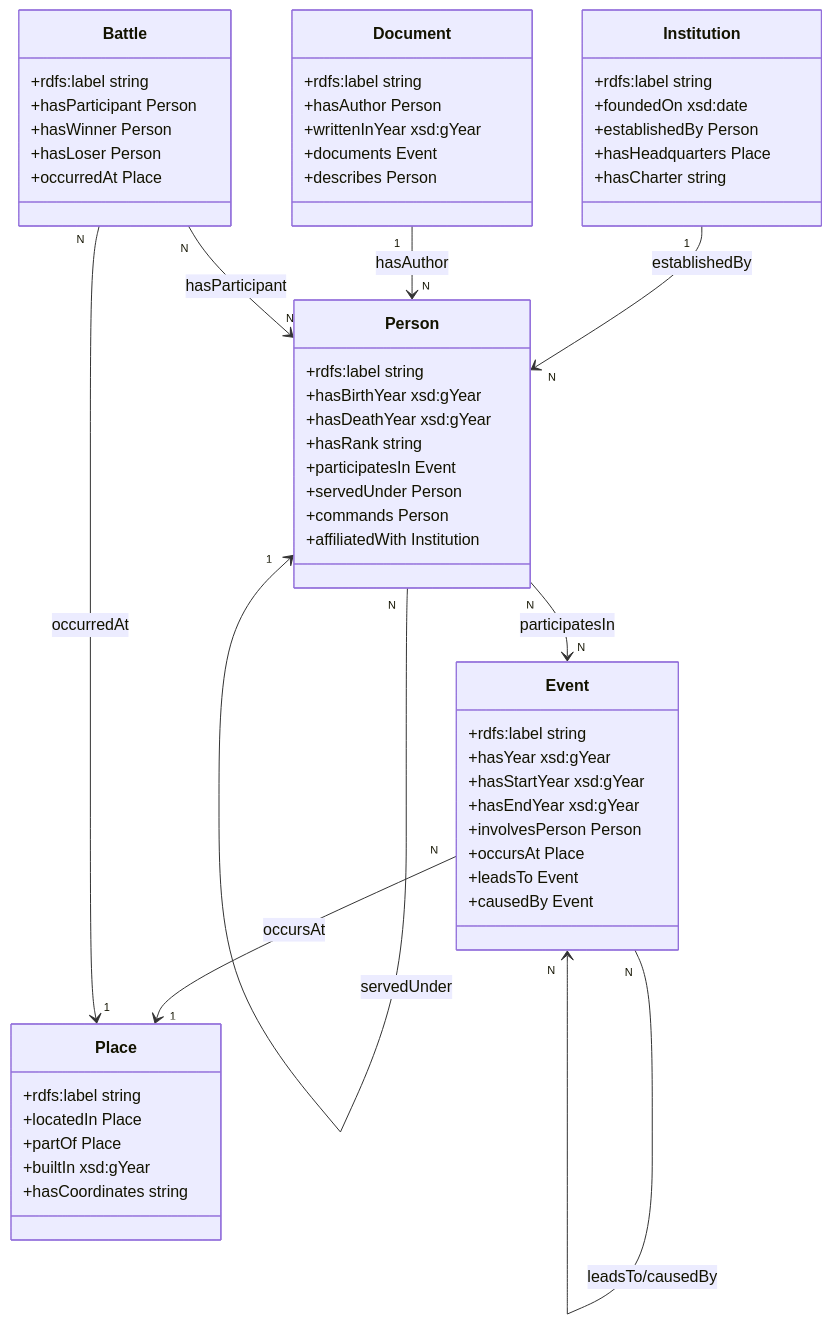
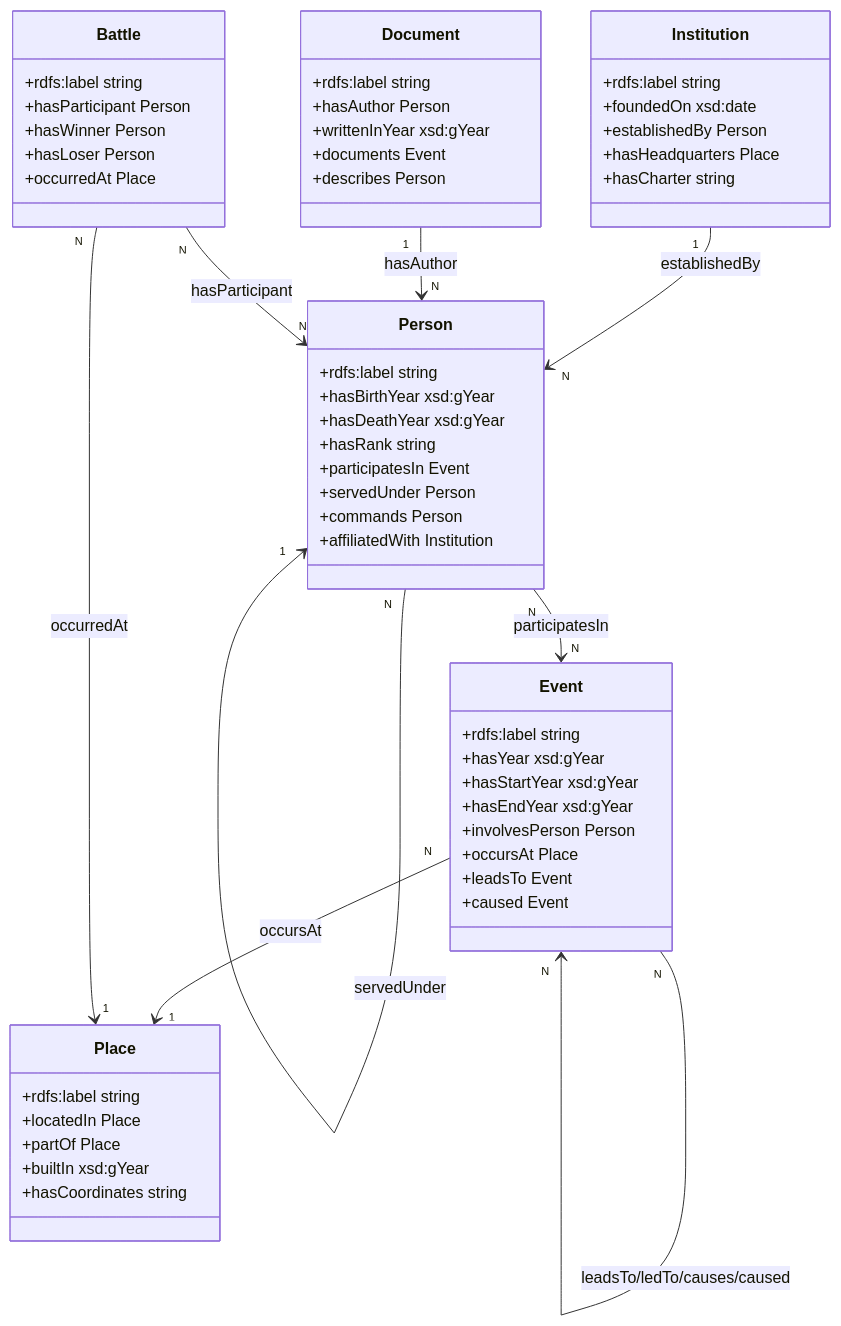
Before and after one commit to SKNETWORKS-FAMILY-AICAMP/SKN18-FINAL-3TEAM: the third of 3 diagrams in backend/langgraph_fuseki/docs/README.md, drawn with Mermaid. The commit also changed other lines of this file and 16 other files, not shown here.

````diff
--- a/backend/langgraph_fuseki/docs/README.md
+++ b/backend/langgraph_fuseki/docs/README.md
@@ -931,65 +1047,65 @@
 ```mermaid
 classDiagram
     class Person {
         +rdfs:label string
         +hasBirthYear xsd:gYear
         +hasDeathYear xsd:gYear
         +hasRank string
         +participatesIn Event
         +servedUnder Person
         +commands Person
         +affiliatedWith Institution
     }
 
     class Event {
         +rdfs:label string
         +hasYear xsd:gYear
         +hasStartYear xsd:gYear
         +hasEndYear xsd:gYear
         +involvesPerson Person
         +occursAt Place
         +leadsTo Event
-        +causedBy Event
+        +caused Event
     }
 
     class Institution {
         +rdfs:label string
         +foundedOn xsd:date
         +establishedBy Person
         +hasHeadquarters Place
         +hasCharter string
     }
 
     class Place {
         +rdfs:label string
         +locatedIn Place
         +partOf Place
         +builtIn xsd:gYear
         +hasCoordinates string
     }
 
     class Document {
         +rdfs:label string
         +hasAuthor Person
         +writtenInYear xsd:gYear
         +documents Event
         +describes Person
     }
 
     class Battle {
         +rdfs:label string
         +hasParticipant Person
         +hasWinner Person
         +hasLoser Person
         +occurredAt Place
     }
 
     Person "N" --> "N" Event : participatesIn
     Person "N" --> "1" Person : servedUnder
-    Event "N" --> "N" Event : leadsTo/causedBy
+    Event "N" --> "N" Event : leadsTo/ledTo/causes/caused
     Event "N" --> "1" Place : occursAt
     Institution "1" --> "N" Person : establishedBy
     Document "1" --> "N" Person : hasAuthor
     Battle "N" --> "N" Person : hasParticipant
     Battle "N" --> "1" Place : occurredAt
 ```
````
